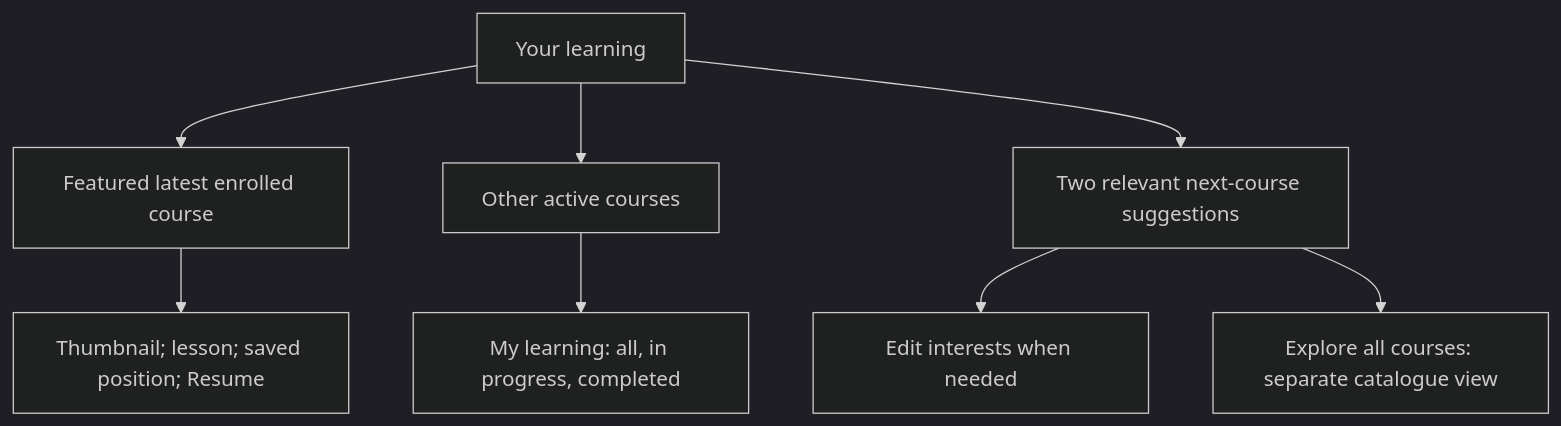
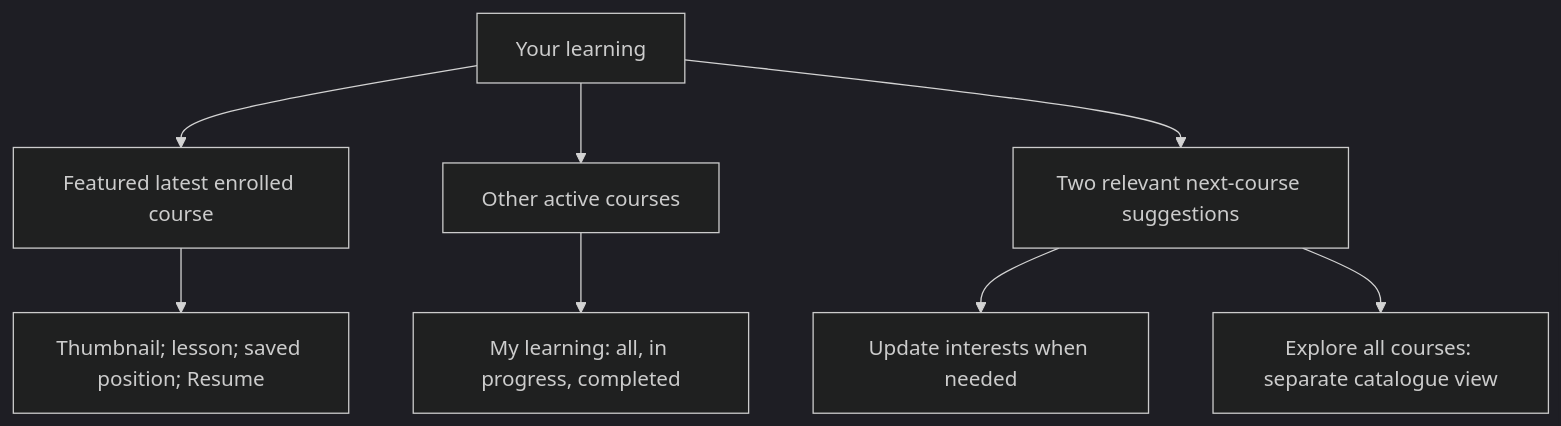
One commit to Physcratic/physcratic changed the third of 11 diagrams in docs/engineering/TEST_PAGE_HIERARCHIES.md. Above: the diagram before and after it, drawn with Mermaid (dark theme). The commit also changed other lines of this file and 5 other files, not shown here.

````diff
--- a/docs/engineering/TEST_PAGE_HIERARCHIES.md
+++ b/docs/engineering/TEST_PAGE_HIERARCHIES.md
@@ -144,14 +148,14 @@
 ```mermaid
 flowchart TD
   home["Your learning"]
   latest["Featured latest enrolled course"]
   others["Other active courses"]
   discovery["Two relevant next-course suggestions"]
   home --> latest
   home --> others
   home --> discovery
   latest --> resume["Thumbnail; lesson; saved position; Resume"]
   others --> learning["My learning: all, in progress, completed"]
-  discovery --> interests["Edit interests when needed"]
+  discovery --> interests["Update interests when needed"]
   discovery --> catalogue["Explore all courses: separate catalogue view"]
 ```
````
